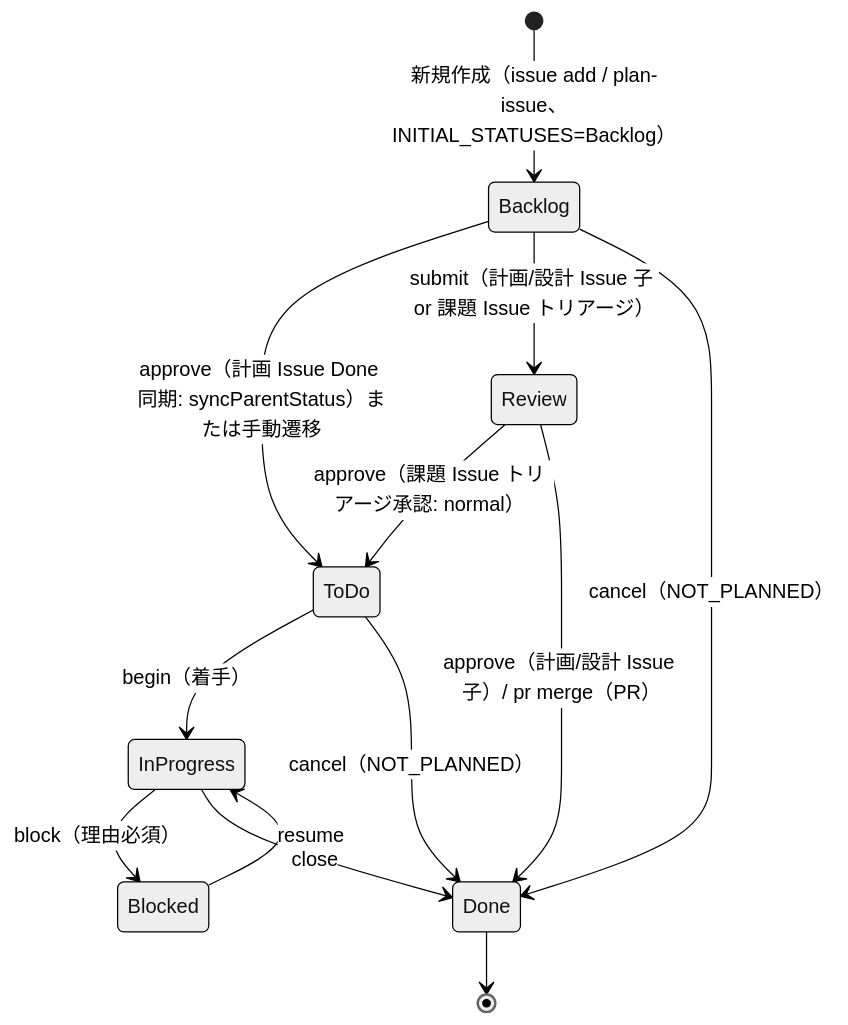
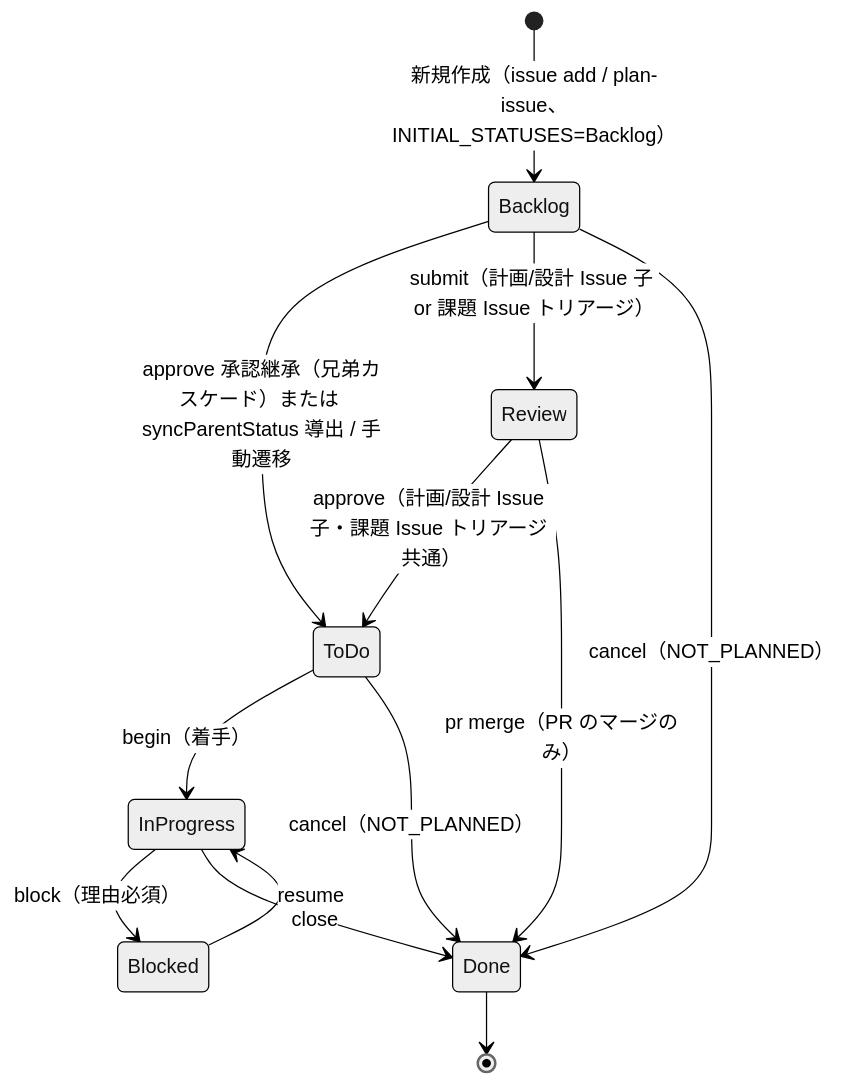
The diagram in shirokuma-skills-ja/rules/github/project-items.md (ShirokumaDevelopment/shirokuma-plugins), drawn with Mermaid (neutral theme) before and after one commit. The commit also changed other lines of this file and 50 other files, not shown here.

````diff
--- a/shirokuma-skills-ja/rules/github/project-items.md
+++ b/shirokuma-skills-ja/rules/github/project-items.md
@@ -20,15 +20,15 @@
 ```mermaid
 stateDiagram-v2
     [*] --> Backlog: 新規作成（issue add / plan-issue、INITIAL_STATUSES=Backlog）
-    Backlog --> ToDo: approve（計画 Issue Done 同期: syncParentStatus）または手動遷移
+    Backlog --> ToDo: approve 承認継承（兄弟カスケード）または syncParentStatus 導出 / 手動遷移
     Backlog --> Review: submit（計画/設計 Issue 子 or 課題 Issue トリアージ）
     Backlog --> Done: cancel（NOT_PLANNED）
     ToDo --> InProgress: begin（着手）
     ToDo --> Done: cancel（NOT_PLANNED）
     InProgress --> Blocked: block（理由必須）
     InProgress --> Done: close
     Blocked --> InProgress: resume
-    Review --> ToDo: approve（課題 Issue トリアージ承認: normal）
-    Review --> Done: approve（計画/設計 Issue 子）/ pr merge（PR）
+    Review --> ToDo: approve（計画/設計 Issue 子・課題 Issue トリアージ 共通）
+    Review --> Done: pr merge（PR のマージのみ）
     Done --> [*]
 ```
````
